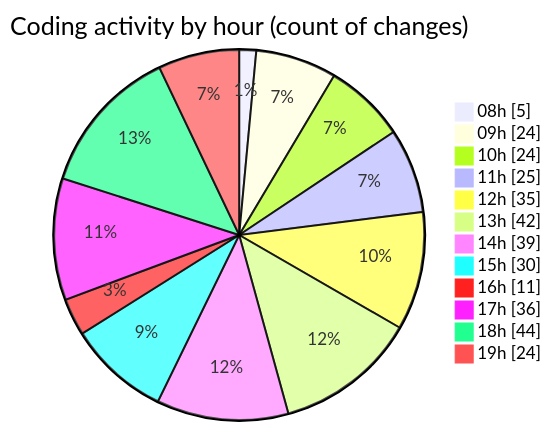
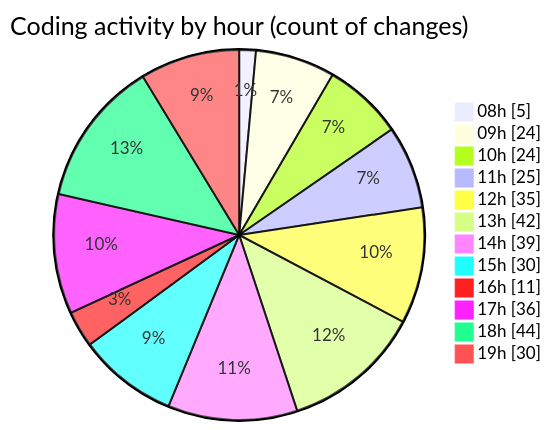
Before and after one commit to momahboobian/code-tracking: the second of 2 diagrams in 2025-11-24/cda/README.md, drawn with Mermaid. The commit also changed other lines of this file and 1 other file, not shown here.

````diff
--- a/2025-11-24/cda/README.md
+++ b/2025-11-24/cda/README.md
@@ -49,16 +49,16 @@
 ```mermaid
 pie showData
 title Coding activity by hour (count of changes)
 "08h" : 5
 "09h" : 24
 "10h" : 24
 "11h" : 25
 "12h" : 35
 "13h" : 42
 "14h" : 39
 "15h" : 30
 "16h" : 11
 "17h" : 36
 "18h" : 44
-"19h" : 24
+"19h" : 30
 ```
````
